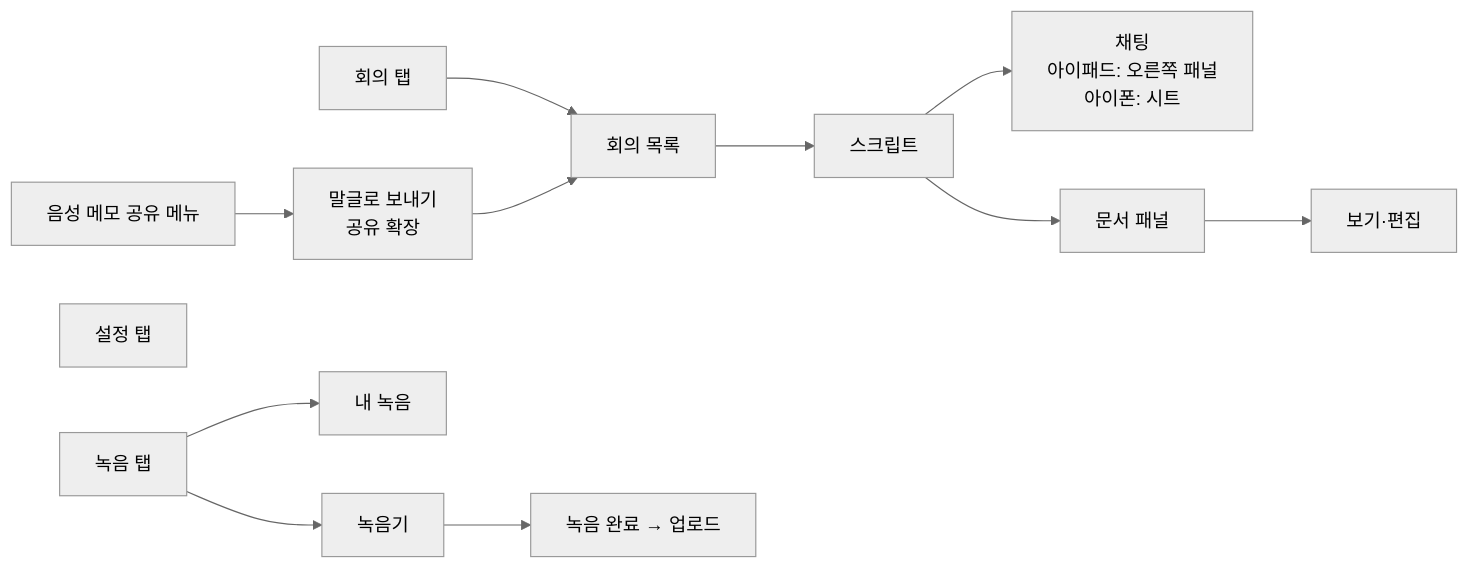
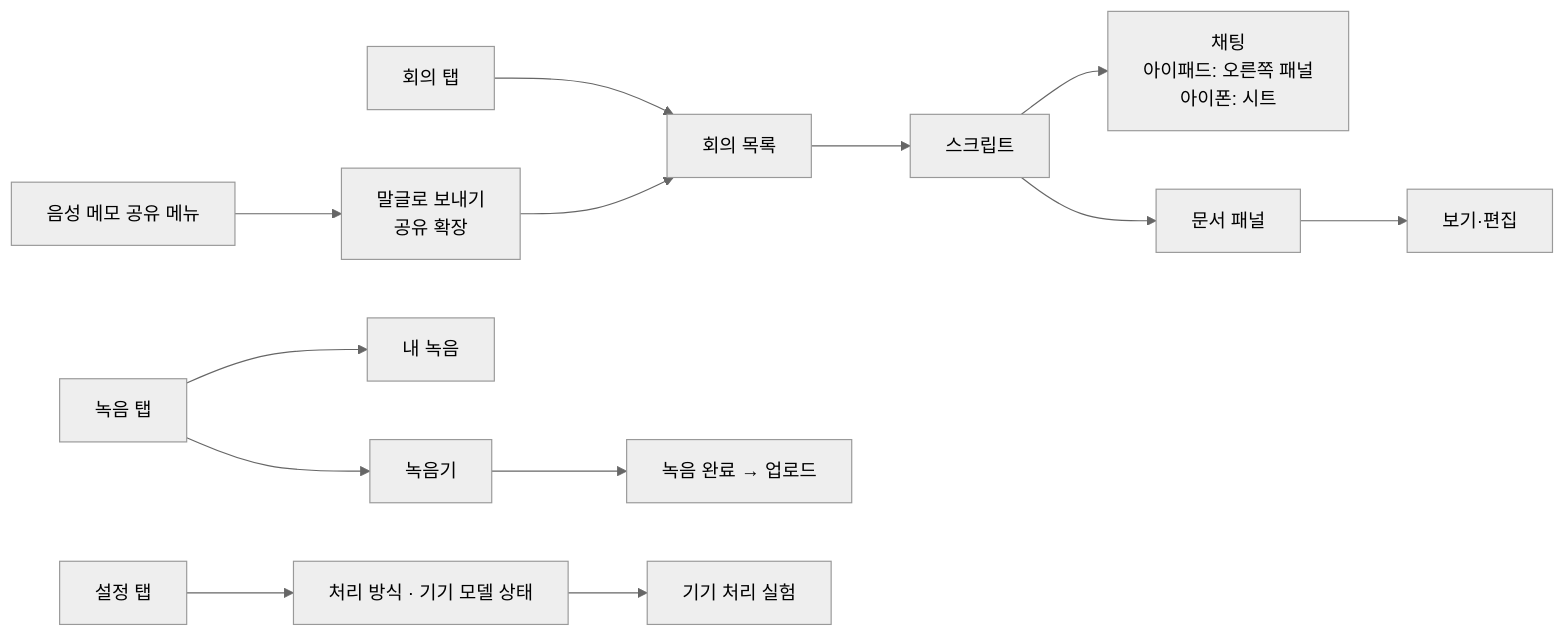
One commit to shin2012/malgeul-ios changed the diagram in README.md. Above: the diagram before and after it, drawn with Mermaid (neutral theme). The commit also changed other lines of this file, not shown here.

````diff
--- a/README.md
+++ b/README.md
@@ -37,13 +41,14 @@
 ```mermaid
 flowchart LR
     A[회의 탭] --> B[회의 목록]
     B --> C[스크립트]
     C --> D[채팅<br/>아이패드: 오른쪽 패널<br/>아이폰: 시트]
     C --> E[문서 패널]
     E --> F[보기·편집]
     G[녹음 탭] --> H[녹음기]
     H --> I[녹음 완료 → 업로드]
     G --> J[내 녹음]
-    K[설정 탭]
+    K[설정 탭] --> N[처리 방식 · 기기 모델 상태]
+    N --> O[기기 처리 실험]
     L[음성 메모 공유 메뉴] --> M[말글로 보내기<br/>공유 확장] --> B
 ```
````
